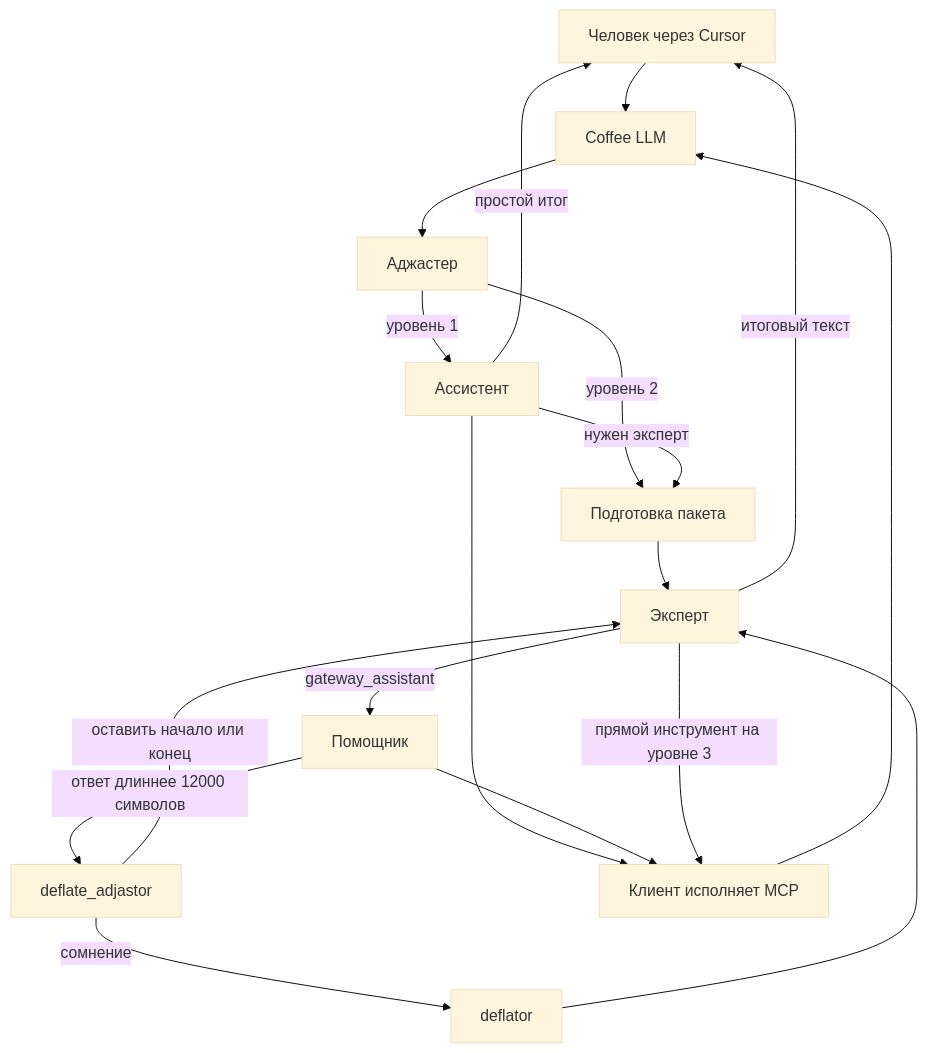
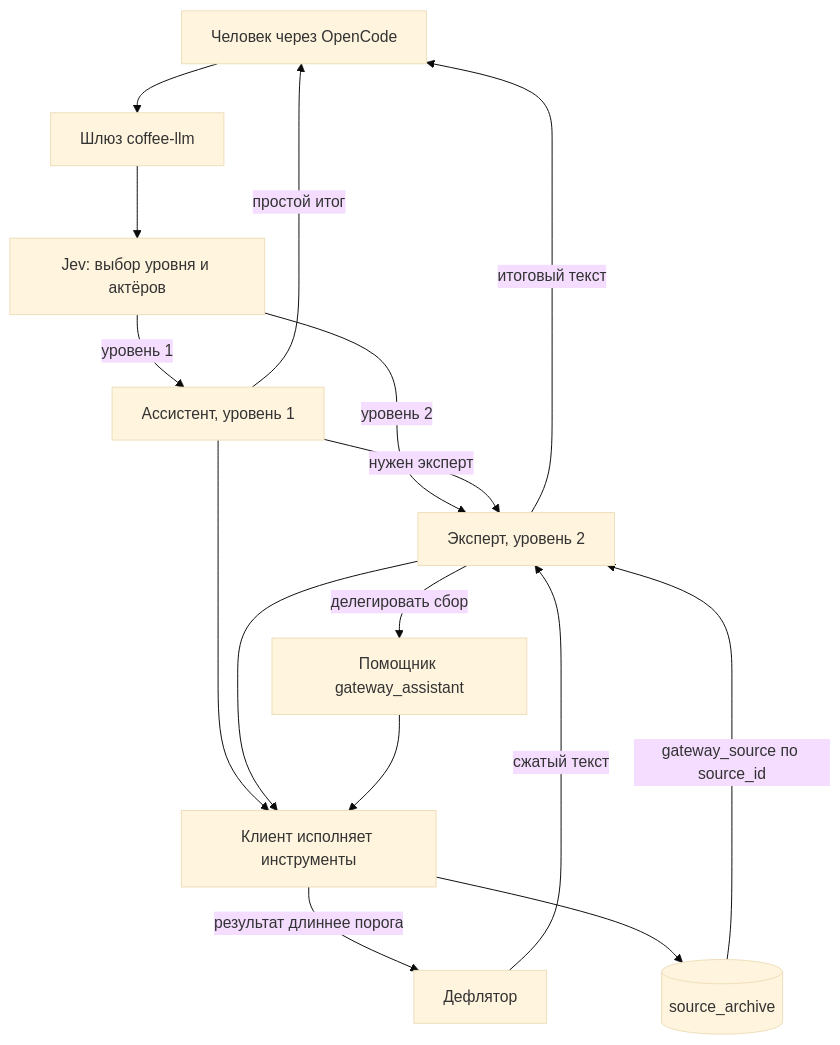
One commit to coffeebreak-ai/coffee-llm changed the diagram in README.ru.md. Above: the diagram before and after it, drawn with Mermaid (base theme). The commit also changed other lines of this file, not shown here.

````diff
--- a/README.ru.md
+++ b/README.ru.md
@@ -46,31 +41,28 @@
 ```mermaid
 flowchart TD
-    human[Человек через Cursor]
-    gateway[Coffee LLM]
-    adjuster[Аджастер]
-    assistant[Ассистент]
-    prep[Подготовка пакета]
-    expert[Эксперт]
-    helper[Помощник]
-    deflate[deflate_adjastor]
-    deflator[deflator]
-    client[Клиент исполняет MCP]
+    human[Человек через OpenCode]
+    gateway[Шлюз coffee-llm]
+    jev[Jev: выбор уровня и актёров]
+    assistant[Ассистент, уровень 1]
+    expert[Эксперт, уровень 2]
+    helper[Помощник gateway_assistant]
+    deflator[Дефлятор]
+    client[Клиент исполняет инструменты]
+    archive[(source_archive)]
 
     human --> gateway
-    gateway --> adjuster
-    adjuster -->|уровень 1| assistant
-    adjuster -->|уровень 2| prep
-    assistant -->|нужен эксперт| prep
+    gateway --> jev
+    jev -->|уровень 1| assistant
+    jev -->|уровень 2| expert
+    assistant -->|нужен эксперт| expert
     assistant --> client
-    prep --> expert
-    expert -->|gateway_assistant| helper
+    expert --> client
+    expert -->|делегировать сбор| helper
     helper --> client
-    helper -->|ответ длиннее 12000 символов| deflate
-    deflate -->|оставить начало или конец| expert
-    deflate -->|сомнение| deflator
-    deflator --> expert
-    expert -->|прямой инструмент на уровне 3| client
-    client --> gateway
+    client -->|результат длиннее порога| deflator
+    deflator -->|сжатый текст| expert
+    client --> archive
+    archive -->|gateway_source по source_id| expert
     expert -->|итоговый текст| human
     assistant -->|простой итог| human
 ```
````
